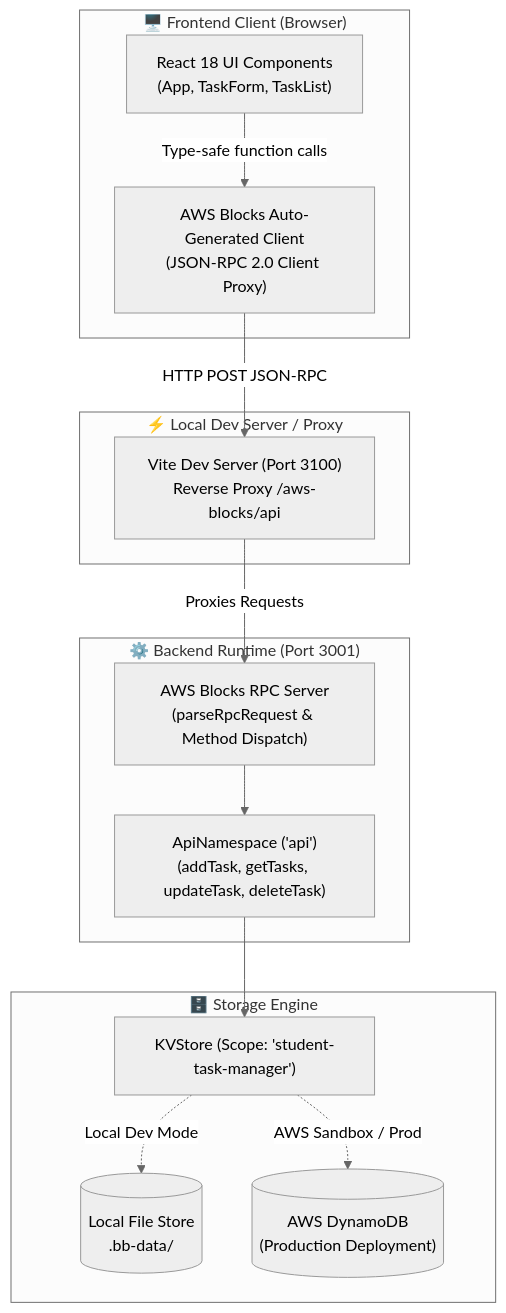
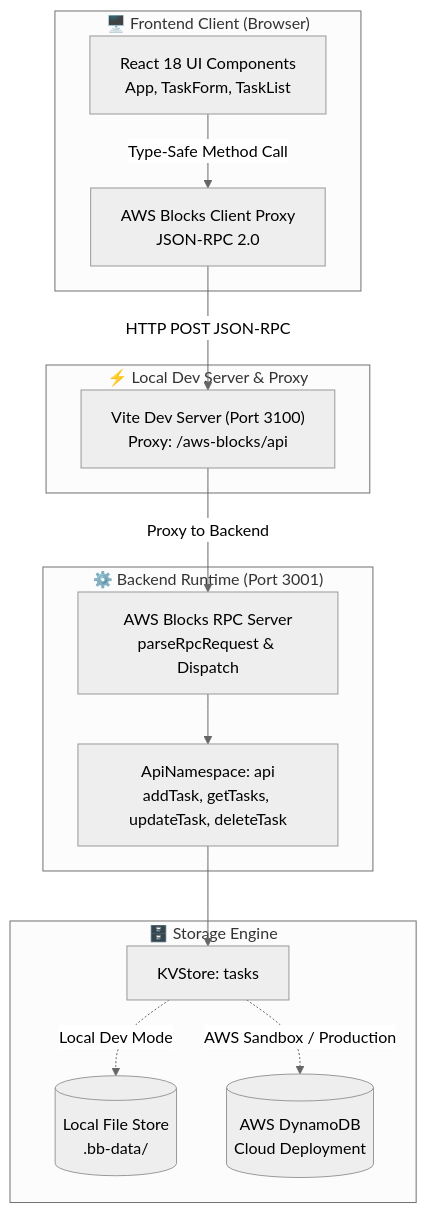
One commit to Santhosh-p653/AWS-Blocks-student-task-tracker changed the first of 6 diagrams in README.md. Above: the diagram before and after it, drawn with Mermaid (neutral theme). The commit also changed other lines of this file, not shown here.

Commit message:
docs: fix Mermaid diagram syntax for GitHub renderer compatibility

````diff
--- a/README.md
+++ b/README.md
@@ -54,30 +54,30 @@
 ```mermaid
 flowchart TB
     subgraph Client["🖥️ Frontend Client (Browser)"]
-        UI["React 18 UI Components\n(App, TaskForm, TaskList)"]
-        ClientProxy["AWS Blocks Auto-Generated Client\n(JSON-RPC 2.0 Client Proxy)"]
-        UI -->|Type-safe function calls| ClientProxy
+        UI["React 18 UI Components<br/>App, TaskForm, TaskList"]
+        ClientProxy["AWS Blocks Client Proxy<br/>JSON-RPC 2.0"]
+        UI -->|"Type-Safe Method Call"| ClientProxy
     end
 
-    subgraph DevServer["⚡ Local Dev Server / Proxy"]
-        ViteDev["Vite Dev Server (Port 3100)\nReverse Proxy /aws-blocks/api"]
-        ClientProxy -->|HTTP POST JSON-RPC| ViteDev
+    subgraph DevServer["⚡ Local Dev Server & Proxy"]
+        ViteDev["Vite Dev Server (Port 3100)<br/>Proxy: /aws-blocks/api"]
+        ClientProxy -->|"HTTP POST JSON-RPC"| ViteDev
     end
 
     subgraph Backend["⚙️ Backend Runtime (Port 3001)"]
-        BlocksServer["AWS Blocks RPC Server\n(parseRpcRequest & Method Dispatch)"]
-        ApiNamespace["ApiNamespace ('api')\n(addTask, getTasks, updateTask, deleteTask)"]
-        ViteDev -->|Proxies Requests| BlocksServer
+        BlocksServer["AWS Blocks RPC Server<br/>parseRpcRequest & Dispatch"]
+        ApiNamespace["ApiNamespace: api<br/>addTask, getTasks, updateTask, deleteTask"]
+        ViteDev -->|"Proxy to Backend"| BlocksServer
         BlocksServer --> ApiNamespace
     end
 
     subgraph Storage["🗄️ Storage Engine"]
-        KV["KVStore (Scope: 'student-task-manager')"]
-        LocalMock[("Local File Store\n.bb-data/")]
-        DynamoDB[("AWS DynamoDB\n(Production Deployment)")]
+        KV["KVStore: tasks"]
+        LocalMock[("Local File Store<br/>.bb-data/")]
+        DynamoDB[("AWS DynamoDB<br/>Cloud Deployment")]
         
         ApiNamespace --> KV
-        KV -.->|Local Dev Mode| LocalMock
-        KV -.->|AWS Sandbox / Prod| DynamoDB
+        KV -.->|"Local Dev Mode"| LocalMock
+        KV -.->|"AWS Sandbox / Production"| DynamoDB
     end
 ```
````
